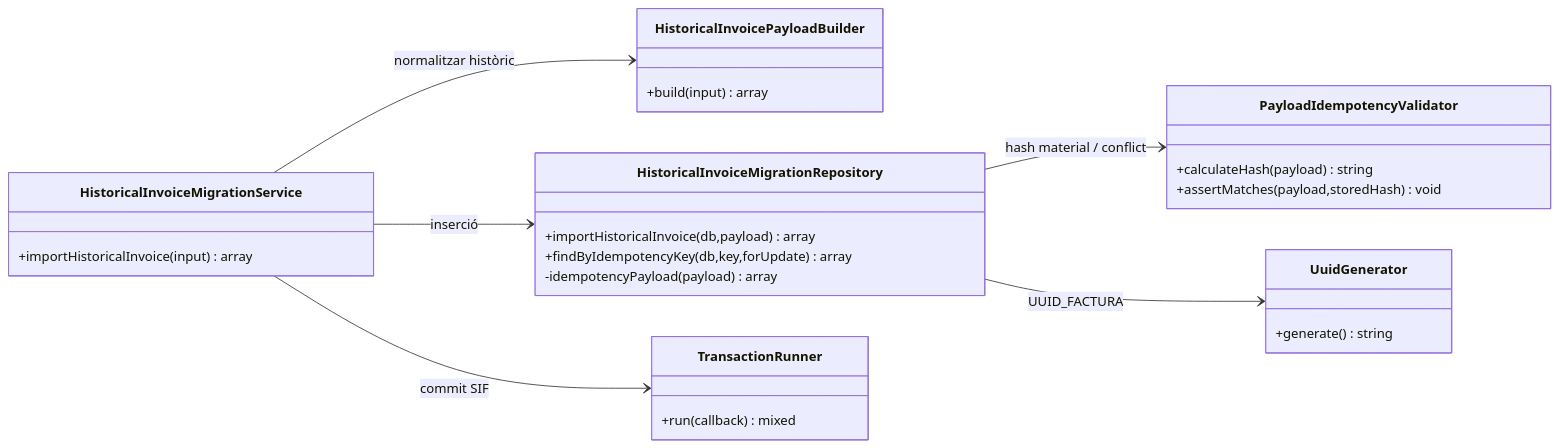
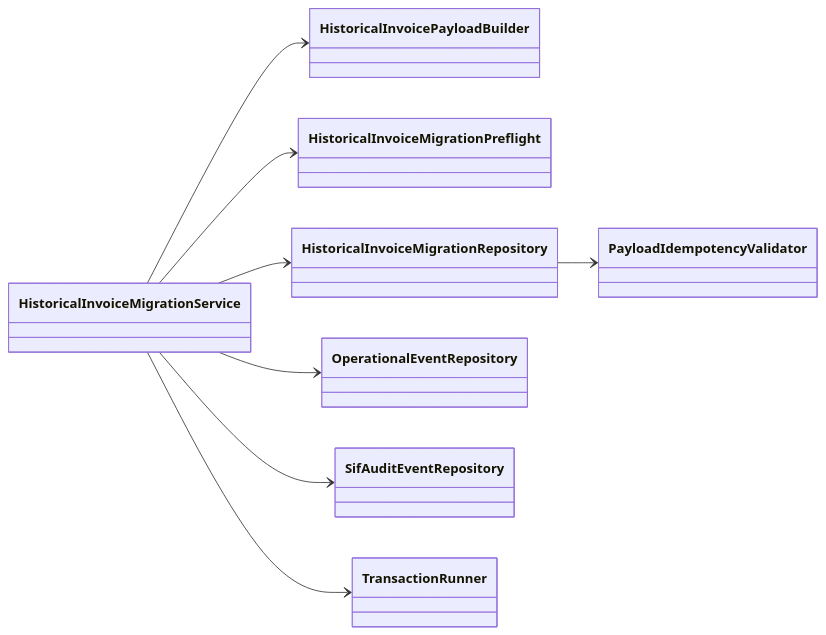
One commit to orgmeriemprismacat-del/verifactu changed the second of 4 diagrams in documentacio/07-uml-integrat/uc-011-importar-factura-historica.md. Above: the diagram before and after it, drawn with Mermaid. The commit also changed other lines of this file, not shown here.

Commit message:
docs(UC-011): reconciliar estat FINAL, preflight i auditoria

````diff
--- a/documentacio/07-uml-integrat/uc-011-importar-factura-historica.md
+++ b/documentacio/07-uml-integrat/uc-011-importar-factura-historica.md
@@ -145,30 +34,20 @@
-```mermaid
+~~~mermaid
 classDiagram
 direction LR
-class HistoricalInvoiceMigrationService {
- +importHistoricalInvoice(input) array
-}
-class HistoricalInvoicePayloadBuilder {
- +build(input) array
-}
-class HistoricalInvoiceMigrationRepository {
- +importHistoricalInvoice(db,payload) array
- +findByIdempotencyKey(db,key,forUpdate) array
- -idempotencyPayload(payload) array
-}
-class PayloadIdempotencyValidator {
- +calculateHash(payload) string
- +assertMatches(payload,storedHash) void
-}
-class TransactionRunner {
- +run(callback) mixed
-}
-class UuidGenerator {
- +generate() string
-}
-HistoricalInvoiceMigrationService --> HistoricalInvoicePayloadBuilder : normalitzar històric
-HistoricalInvoiceMigrationService --> TransactionRunner : commit SIF
-HistoricalInvoiceMigrationService --> HistoricalInvoiceMigrationRepository : inserció
-HistoricalInvoiceMigrationRepository --> PayloadIdempotencyValidator : hash material / conflict
-HistoricalInvoiceMigrationRepository --> UuidGenerator : UUID_FACTURA
-```
+class HistoricalInvoiceMigrationService
+class HistoricalInvoicePayloadBuilder
+class HistoricalInvoiceMigrationPreflight
+class HistoricalInvoiceMigrationRepository
+class PayloadIdempotencyValidator
+class OperationalEventRepository
+class SifAuditEventRepository
+class TransactionRunner
+
+HistoricalInvoiceMigrationService --> HistoricalInvoicePayloadBuilder
+HistoricalInvoiceMigrationService --> HistoricalInvoiceMigrationPreflight
+HistoricalInvoiceMigrationService --> HistoricalInvoiceMigrationRepository
+HistoricalInvoiceMigrationService --> OperationalEventRepository
+HistoricalInvoiceMigrationService --> SifAuditEventRepository
+HistoricalInvoiceMigrationService --> TransactionRunner
+HistoricalInvoiceMigrationRepository --> PayloadIdempotencyValidator
+~~~
````
